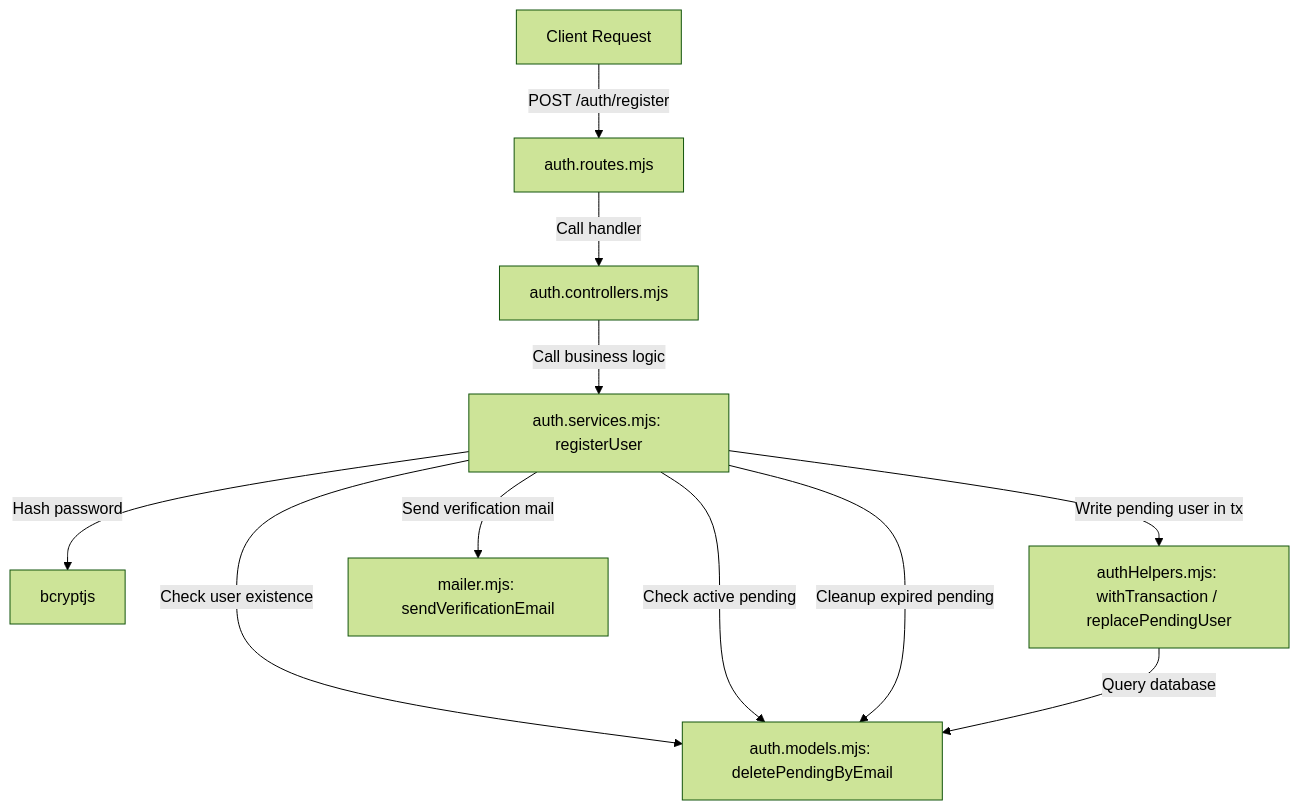
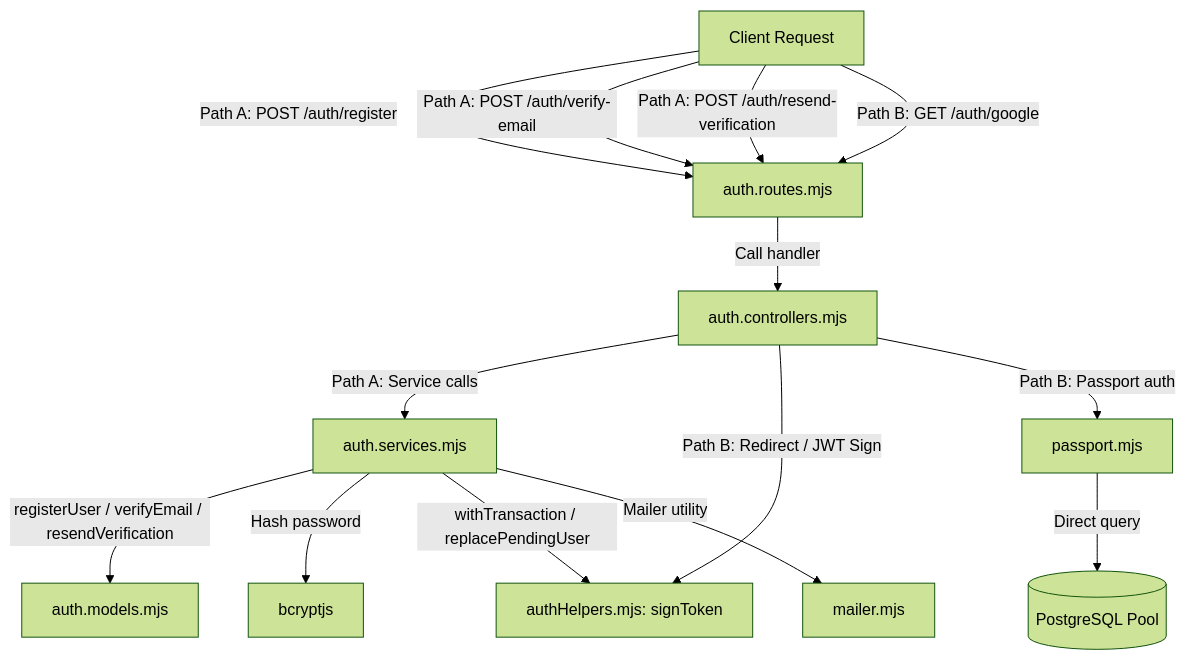
The diagram in src/specs/022-register-test-coverage/spec.md (DuyNhat1705/AmeThyst-Library), drawn with Mermaid (forest theme) before and after one commit. The commit also changed other lines of this file and 22 other files, not shown here.

Commit message:
Update auth registration test cases to follow business test cases.

````diff
--- a/src/specs/022-register-test-coverage/spec.md
+++ b/src/specs/022-register-test-coverage/spec.md
@@ -26,15 +29,20 @@
 ```mermaid
 graph TD
-    Client[Client Request] -->|POST /auth/register| Route[auth.routes.mjs]
+    Client[Client Request] -->|Path A: POST /auth/register| Route[auth.routes.mjs]
+    Client -->|Path A: POST /auth/verify-email| Route
+    Client -->|Path A: POST /auth/resend-verification| Route
+    Client -->|Path B: GET /auth/google| Route
+    
     Route -->|Call handler| Controller[auth.controllers.mjs]
-    Controller -->|Call business logic| Service[auth.services.mjs: registerUser]
     
-    Service -->|Check user existence| Models[auth.models.mjs: findUserByEmail]
-    Service -->|Check active pending| Models[auth.models.mjs: getPendingByEmail]
-    Service -->|Cleanup expired pending| Models[auth.models.mjs: deletePendingByEmail]
+    Controller -->|Path A: Service calls| Service[auth.services.mjs]
+    Controller -->|Path B: Redirect / JWT Sign| Helpers[authHelpers.mjs: signToken]
+    
+    Service -->|registerUser / verifyEmail / resendVerification| Models[auth.models.mjs]
     Service -->|Hash password| Bcrypt[bcryptjs]
-    Service -->|Write pending user in tx| Helpers[authHelpers.mjs: withTransaction / replacePendingUser]
-    Service -->|Send verification mail| Mailer[mailer.mjs: sendVerificationEmail]
+    Service -->|withTransaction / replacePendingUser| Helpers
+    Service -->|Mailer utility| Mailer[mailer.mjs]
     
-    Helpers -->|Query database| Models
+    Controller -->|Path B: Passport auth| PassportConfig[passport.mjs]
+    PassportConfig -->|Direct query| PostgresPool[(PostgreSQL Pool)]
 ```
````
